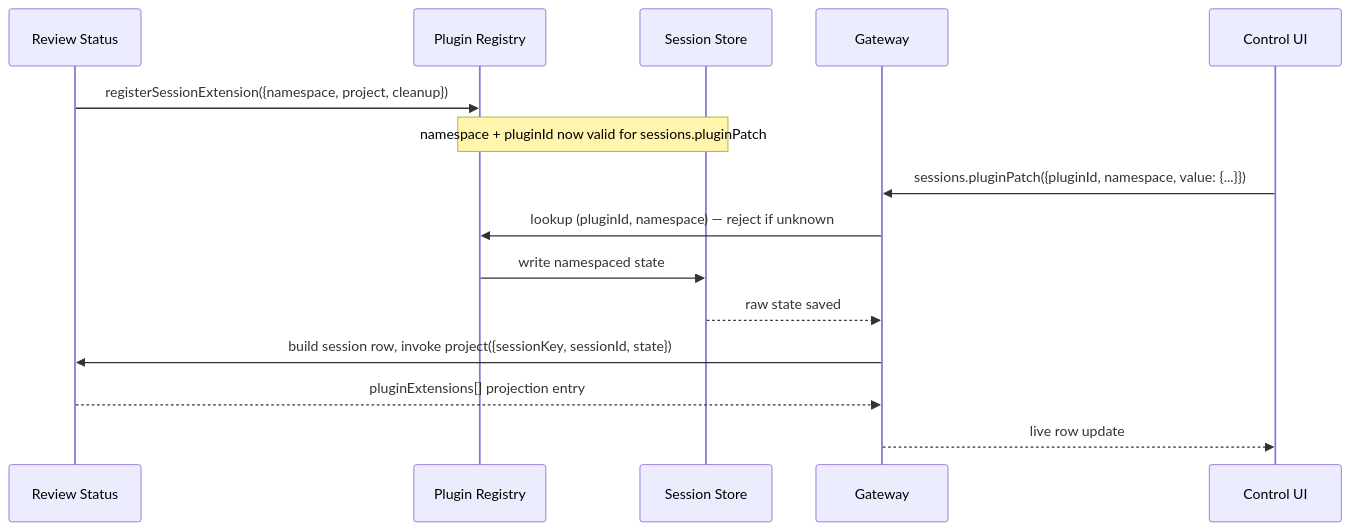
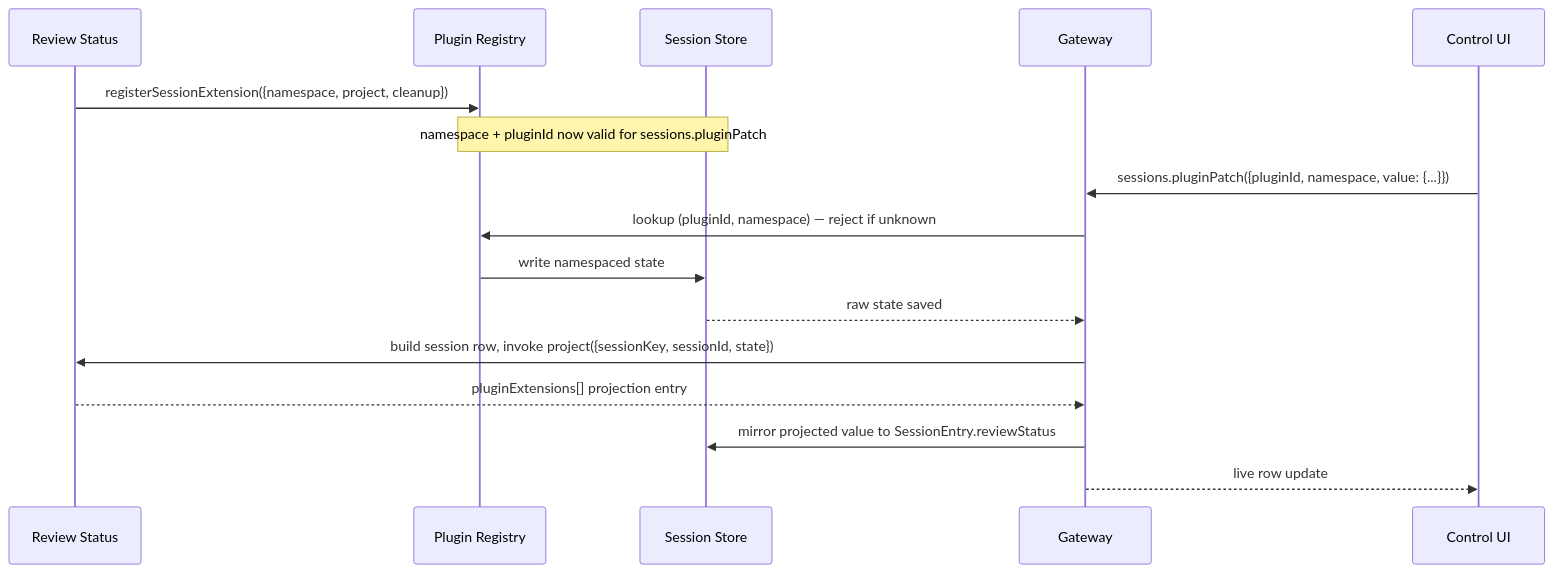
Before and after one commit to openclaw/openclaw: the second of 23 diagrams in docs/plugins/host-hooks-examples.md, drawn with Mermaid. The commit also changed other lines of this file and 2 other files, not shown here.

Commit message:
docs(plugin-sdk): document session entry slots

````diff
--- a/docs/plugins/host-hooks-examples.md
+++ b/docs/plugins/host-hooks-examples.md
@@ -167,19 +205,20 @@
 ```mermaid
 sequenceDiagram
   participant Plugin as Review Status
   participant Reg as Plugin Registry
   participant Store as Session Store
   participant GW as Gateway
   participant UI as Control UI
 
   Plugin->>Reg: registerSessionExtension({namespace, project, cleanup})
   Note over Reg,Store: namespace + pluginId now valid for sessions.pluginPatch
 
   UI->>GW: sessions.pluginPatch({pluginId, namespace, value: {...}})
   GW->>Reg: lookup (pluginId, namespace) — reject if unknown
   Reg->>Store: write namespaced state
   Store-->>GW: raw state saved
   GW->>Plugin: build session row, invoke project({sessionKey, sessionId, state})
   Plugin-->>GW: pluginExtensions[] projection entry
+  GW->>Store: mirror projected value to SessionEntry.reviewStatus
   GW-->>UI: live row update
 ```
````
